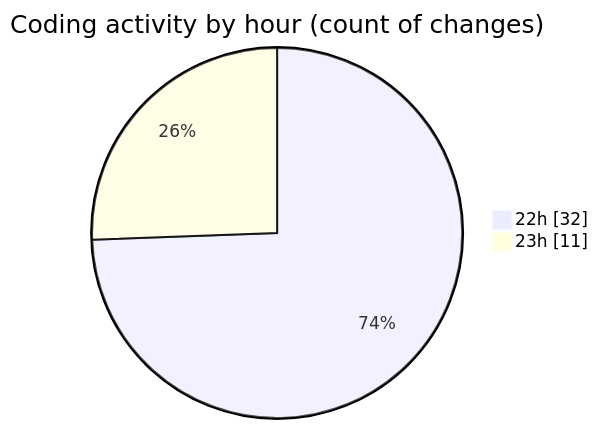
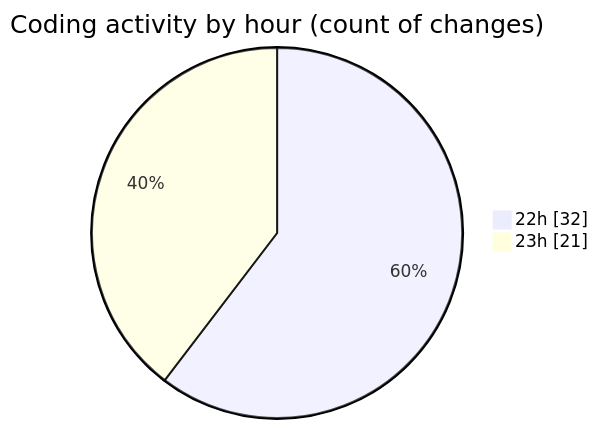
One commit to nxtqubesakshisongat/code-tracking changed the second of 2 diagrams in 2025-10-23/javacript/README.md. Above: the diagram before and after it, drawn with Mermaid. The commit also changed other lines of this file and 1 other file, not shown here.

````diff
--- a/2025-10-23/javacript/README.md
+++ b/2025-10-23/javacript/README.md
@@ -28,6 +28,6 @@
 ```mermaid
 pie showData
 title Coding activity by hour (count of changes)
 "22h" : 32
-"23h" : 11
+"23h" : 21
 ```
````
